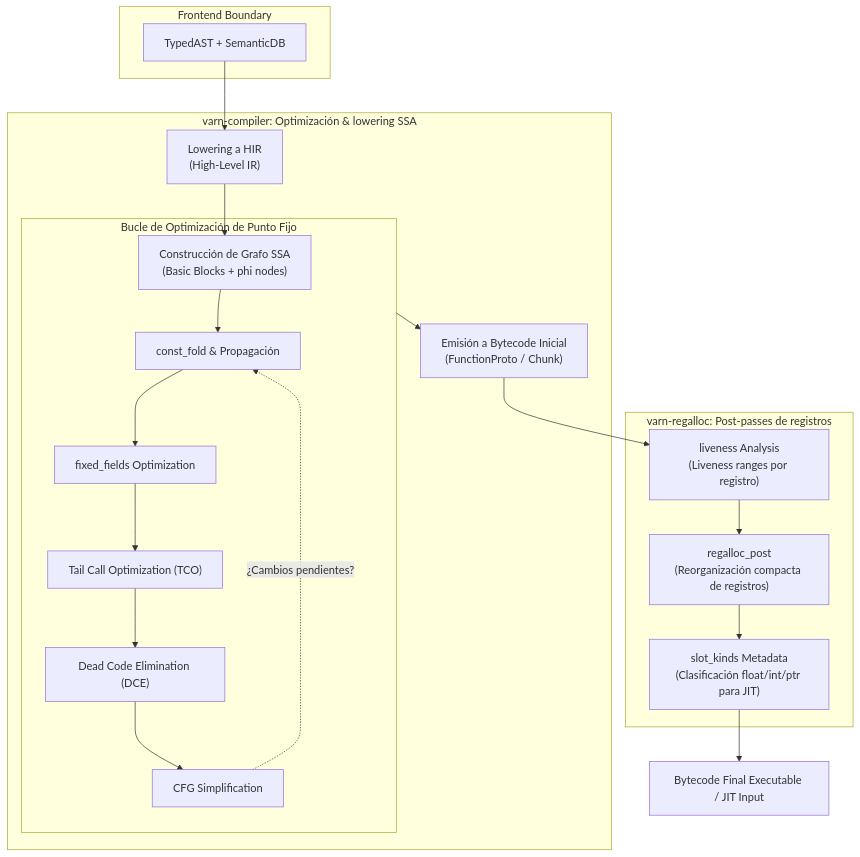
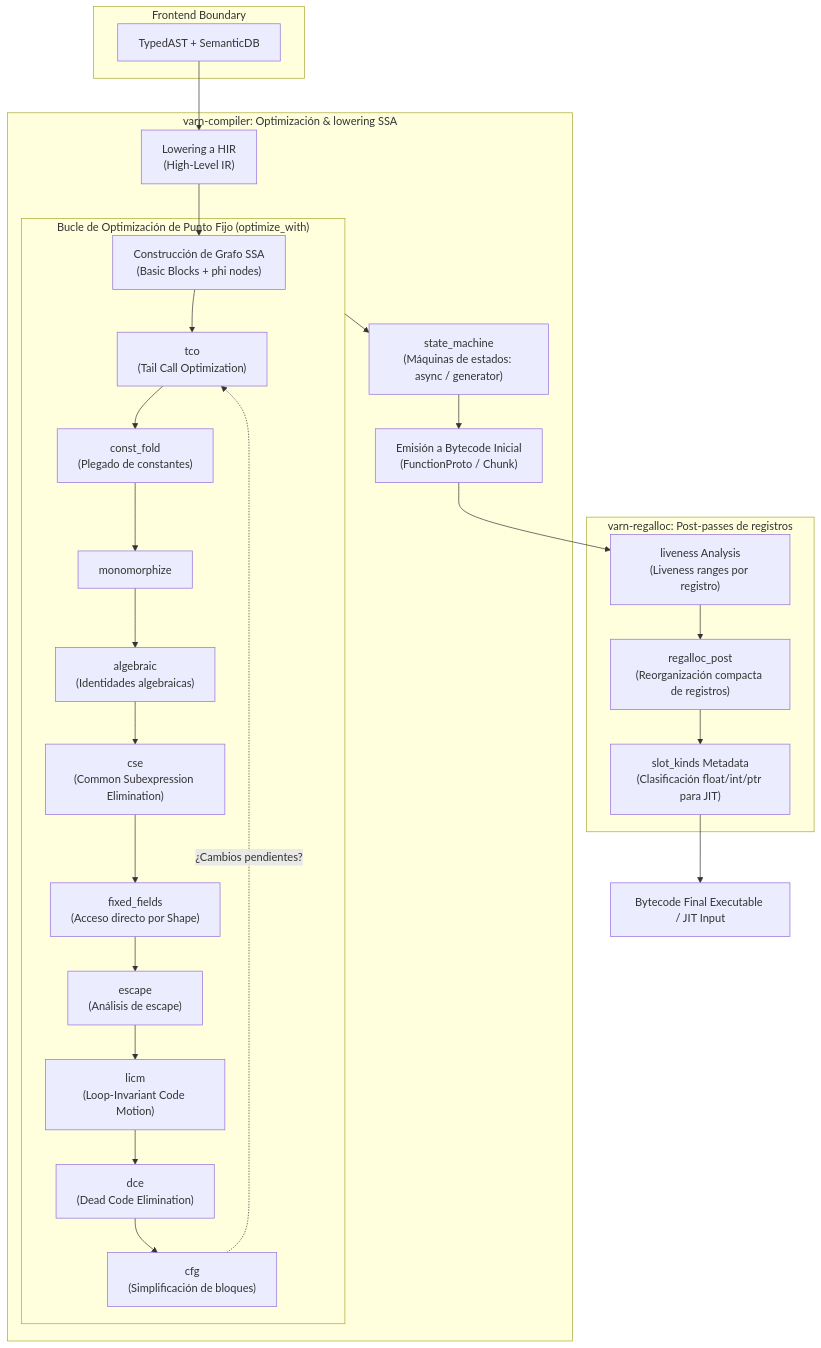
Before and after one commit to carlos-burelo/varn: the diagram in docs/COMPILER_ARCHITECTURE.md, drawn with Mermaid. The commit also changed other lines of this file and 1 other file, not shown here.

Commit message:
style(debug): parte una linea sobre 100 columnas; docs: pipeline completo
crates/varn-debug/src/bytecode.rs:98 pasaba el max_width de rustfmt
(100); partida como rustfmt la formatearia (verificado con una copia
formateada aparte, sin tocar el resto del fichero).

docs/COMPILER_ARCHITECTURE.md: el diagrama del pipeline no traia la
etapa state_machine (nueva, entre el bucle de punto fijo y la
emision) ni licm/cse/escape/monomorphize/algebraic, que ya corrian en
el bucle sin aparecer ahi. Anadidas las seis al diagrama, en el orden
real de optimize_with, mas una subseccion por cada una (y una para
state_machine) en la seccion 4.

````diff
--- a/docs/COMPILER_ARCHITECTURE.md
+++ b/docs/COMPILER_ARCHITECTURE.md
@@ -30,30 +36,36 @@
 ```mermaid
 flowchart TD
     subgraph Frontend Boundary
         A["TypedAST + SemanticDB"]
     end
 
     subgraph varn-compiler ["varn-compiler: Optimización & lowering SSA"]
         A --> B["Lowering a HIR\n(High-Level IR)"]
         B --> C["Construcción de Grafo SSA\n(Basic Blocks + phi nodes)"]
-        
-        subgraph Loop ["Bucle de Optimización de Punto Fijo"]
-            C --> D["const_fold & Propagación"]
-            D --> E["fixed_fields Optimization"]
-            E --> F["Tail Call Optimization (TCO)"]
-            F --> G["Dead Code Elimination (DCE)"]
-            G --> H["CFG Simplification"]
-            H -.->|¿Cambios pendientes?| D
+
+        subgraph Loop ["Bucle de Optimización de Punto Fijo (optimize_with)"]
+            C --> D["tco\n(Tail Call Optimization)"]
+            D --> E["const_fold\n(Plegado de constantes)"]
+            E --> F["monomorphize"]
+            F --> G["algebraic\n(Identidades algebraicas)"]
+            G --> H["cse\n(Common Subexpression Elimination)"]
+            H --> I["fixed_fields\n(Acceso directo por Shape)"]
+            I --> J["escape\n(Análisis de escape)"]
+            J --> K["licm\n(Loop-Invariant Code Motion)"]
+            K --> L["dce\n(Dead Code Elimination)"]
+            L --> M["cfg\n(Simplificación de bloques)"]
+            M -.->|¿Cambios pendientes?| D
         end
 
-        Loop --> I["Emisión a Bytecode Inicial\n(FunctionProto / Chunk)"]
+        Loop --> N["state_machine\n(Máquinas de estados: async / generator)"]
+        N --> O["Emisión a Bytecode Inicial\n(FunctionProto / Chunk)"]
     end
 
     subgraph varn-regalloc ["varn-regalloc: Post-passes de registros"]
-        I --> J["liveness Analysis\n(Liveness ranges por registro)"]
-        J --> K["regalloc_post\n(Reorganización compacta de registros)"]
-        K --> L["slot_kinds Metadata\n(Clasificación float/int/ptr para JIT)"]
+        O --> P["liveness Analysis\n(Liveness ranges por registro)"]
+        P --> Q["regalloc_post\n(Reorganización compacta de registros)"]
+        Q --> R["slot_kinds Metadata\n(Clasificación float/int/ptr para JIT)"]
     end
 
-    L --> M["Bytecode Final Executable / JIT Input"]
+    R --> S["Bytecode Final Executable / JIT Input"]
 ```
````
